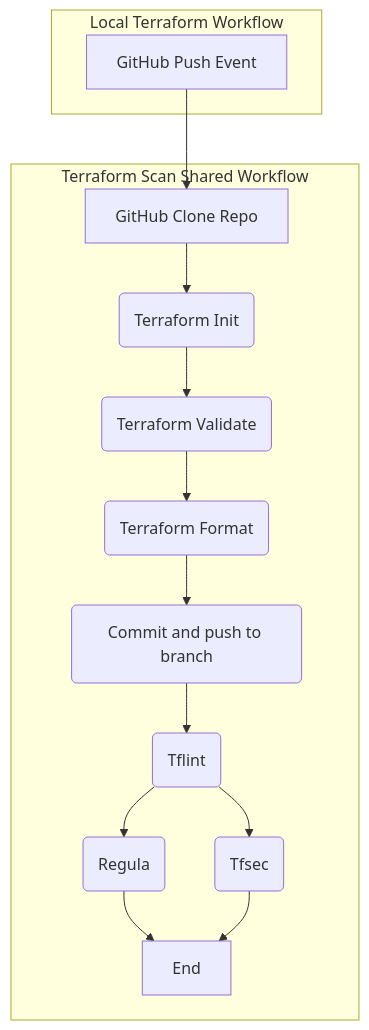
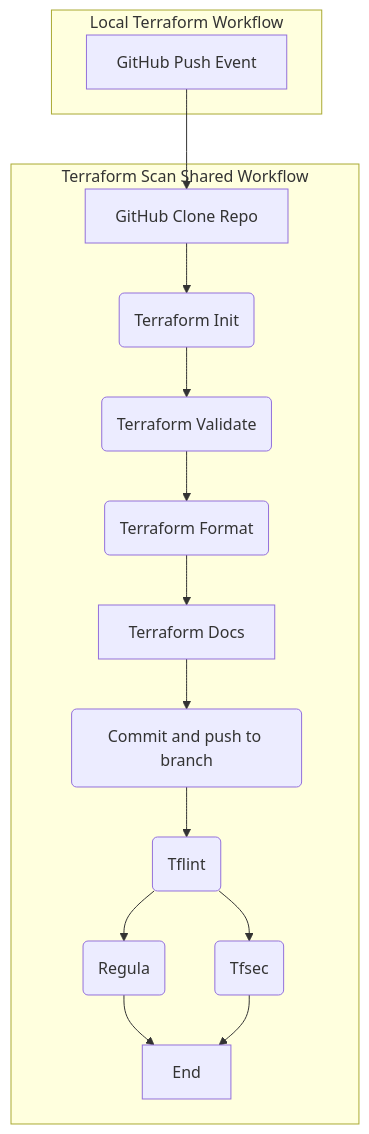
One commit to defenseunicorns/uds-common-workflows changed the diagram in documents/terraform/lint-and-scan.md. Above: the diagram before and after it, drawn with Mermaid. The commit also changed 3 other files, not shown here.

````diff
--- a/documents/terraform/lint-and-scan.md
+++ b/documents/terraform/lint-and-scan.md
@@ -68,21 +68,22 @@
 ```mermaid
 flowchart TB
   subgraph "Local Terraform Workflow"
     push[GitHub Push Event]
   end
 
 
   subgraph "Terraform Scan Shared Workflow"
     push --> clone[GitHub Clone Repo]
     clone --> tfinit(Terraform Init)
     tfinit --> validate
     validate(Terraform Validate) --> fmt(Terraform Format)
-    fmt --> inlinecommit(Commit and push to branch)
+    fmt --> tfdoc[Terraform Docs]
+    tfdoc --> inlinecommit(Commit and push to branch)
     inlinecommit --> tflint
     tflint(Tflint) --> tfsec(Tfsec)
     tflint --> regula(Regula)
     regula --> End
     tfsec --> End
   end
 
 ```
````
